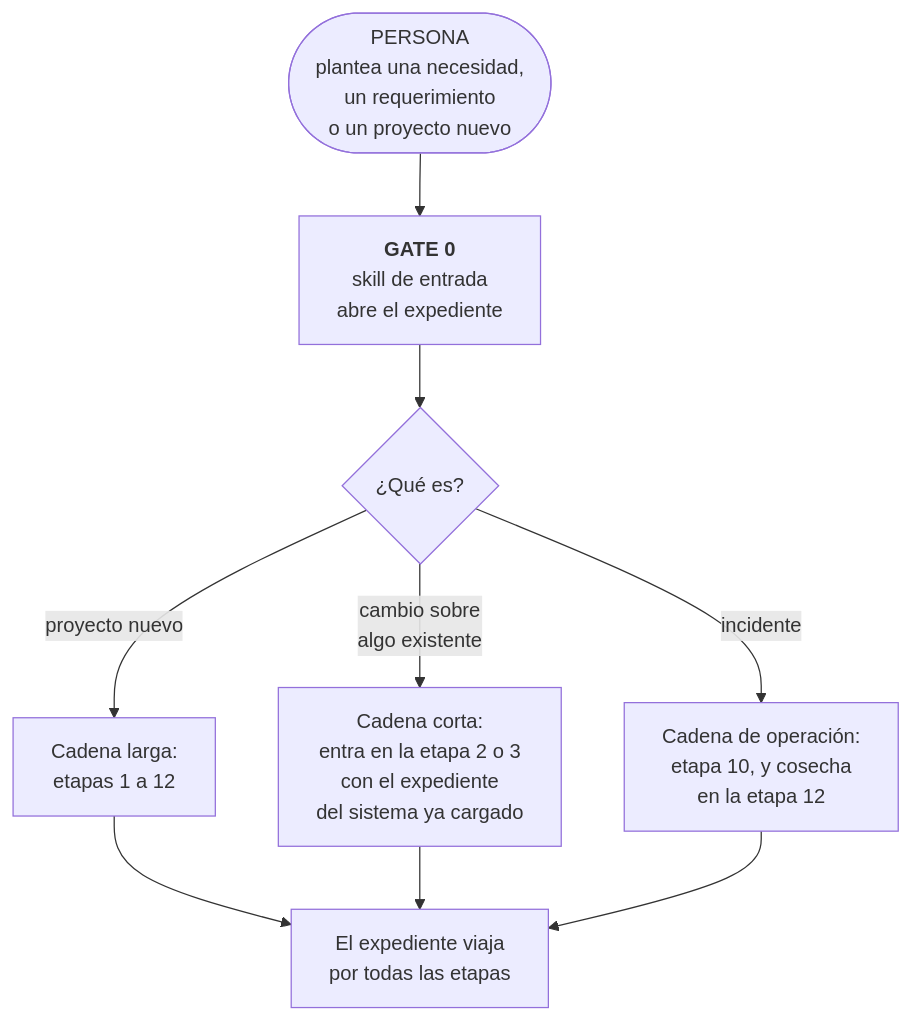
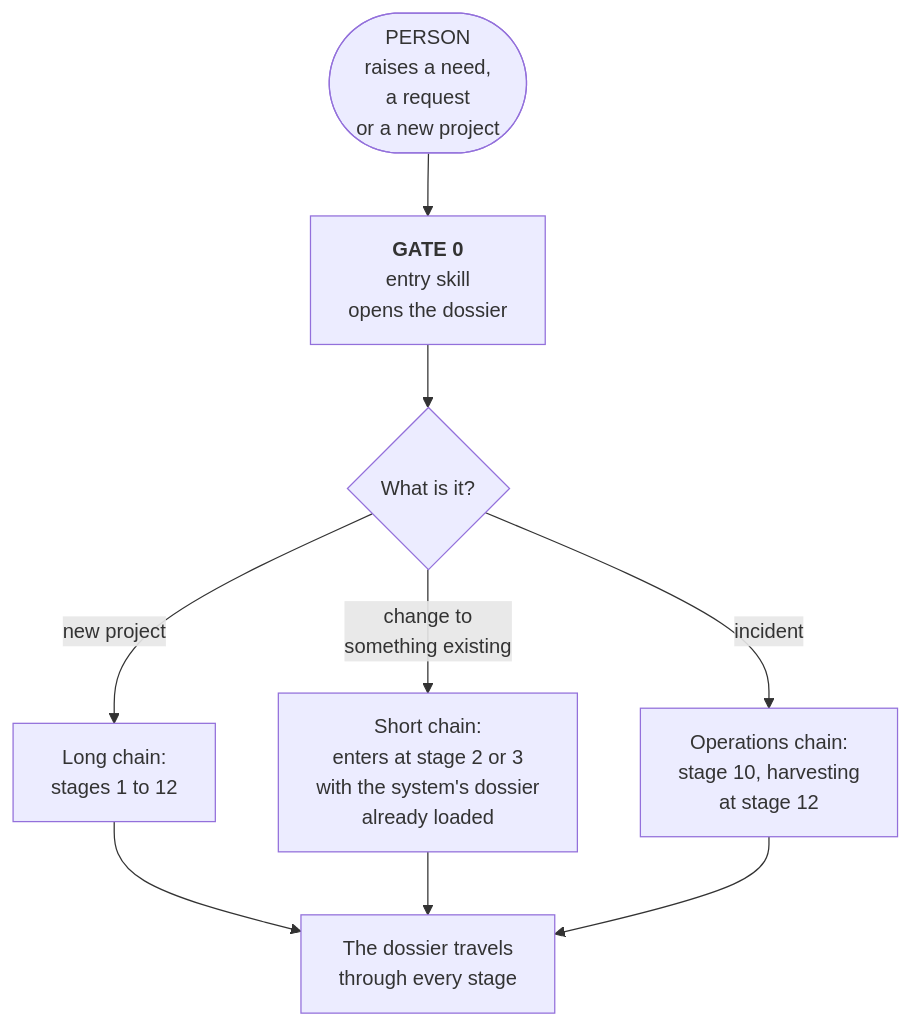
The first of 4 diagrams in CAUCE.md (javierdres/cauce-framework), drawn with Mermaid before and after one commit. The commit also changed other lines of this file and 52 other files, not shown here.

````diff
--- a/CAUCE.md
+++ b/CAUCE.md
@@ -67,11 +65,11 @@
 ```mermaid
 flowchart TD
-    H(["PERSONA<br/>plantea una necesidad,<br/>un requerimiento<br/>o un proyecto nuevo"]) --> S0["<b>GATE 0</b><br/>skill de entrada<br/>abre el expediente"]
-    S0 --> C{"¿Qué es?"}
-    C -->|"proyecto nuevo"| P["Cadena larga:<br/>etapas 1 a 12"]
-    C -->|"cambio sobre<br/>algo existente"| Q["Cadena corta:<br/>entra en la etapa 2 o 3<br/>con el expediente<br/>del sistema ya cargado"]
-    C -->|"incidente"| R["Cadena de operación:<br/>etapa 10, y cosecha<br/>en la etapa 12"]
-    P --> E["El expediente viaja<br/>por todas las etapas"]
+    H(["PERSON<br/>raises a need,<br/>a request<br/>or a new project"]) --> S0["<b>GATE 0</b><br/>entry skill<br/>opens the dossier"]
+    S0 --> C{"What is it?"}
+    C -->|"new project"| P["Long chain:<br/>stages 1 to 12"]
+    C -->|"change to<br/>something existing"| Q["Short chain:<br/>enters at stage 2 or 3<br/>with the system's dossier<br/>already loaded"]
+    C -->|"incident"| R["Operations chain:<br/>stage 10, harvesting<br/>at stage 12"]
+    P --> E["The dossier travels<br/>through every stage"]
     Q --> E
     R --> E
 ```
````
